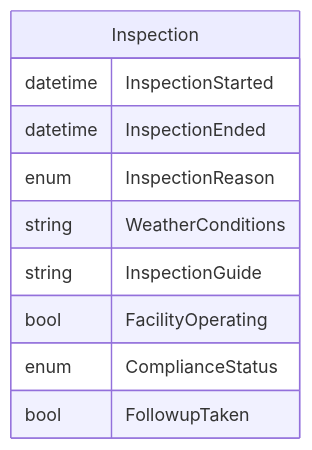
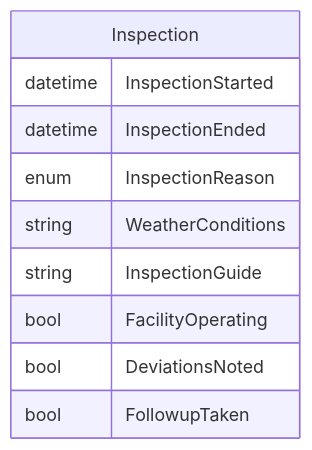
Before and after one commit to gaepdit/air-web: the second of 2 diagrams in docs/Workflows/Work-entries/Inspection.md, drawn with Mermaid. The commit also changed other lines of this file and 14 other files, not shown here.

Commit message:
Flatten the compliance status enum to a bool

````diff
--- a/docs/Workflows/Work-entries/Inspection.md
+++ b/docs/Workflows/Work-entries/Inspection.md
@@ -45,13 +45,13 @@
 ```mermaid
 erDiagram
     Inspection {
         datetime InspectionStarted
         datetime InspectionEnded
         enum InspectionReason
         string WeatherConditions
         string InspectionGuide
         bool FacilityOperating
-        enum ComplianceStatus
+        bool DeviationsNoted
         bool FollowupTaken
     }
 ```
````
